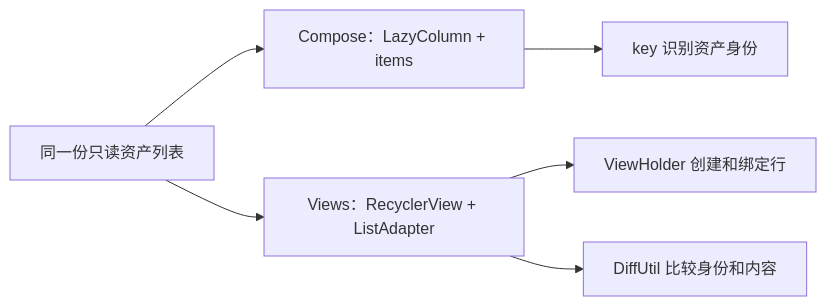
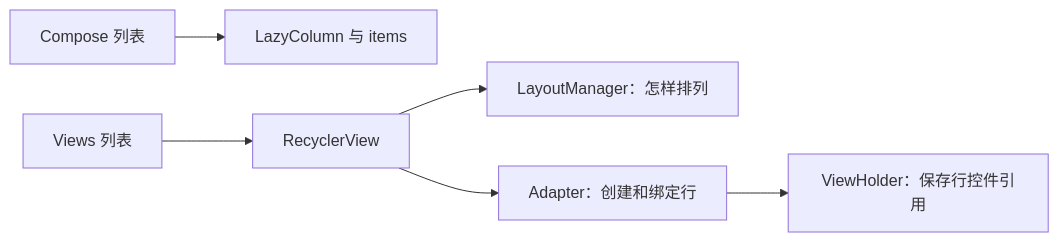
The fifth of 5 diagrams in docs/安卓开发/03-数据与交互.md (wl-007/notes), drawn with Mermaid before and after one commit. The commit also changed other lines of this file and 7 other files, not shown here.

````diff
--- a/docs/安卓开发/03-数据与交互.md
+++ b/docs/安卓开发/03-数据与交互.md
@@ -673,8 +583,8 @@
 ```mermaid
 flowchart LR
-    DATA["同一份只读资产列表"] --> COMPOSE["Compose：LazyColumn + items"]
-    COMPOSE --> KEY["key 识别资产身份"]
-    DATA --> VIEWS["Views：RecyclerView + ListAdapter"]
-    VIEWS --> HOLDER["ViewHolder 创建和绑定行"]
-    VIEWS --> DIFF["DiffUtil 比较身份和内容"]
+    A[Compose 列表] --> B[LazyColumn 与 items]
+    C[Views 列表] --> D[RecyclerView]
+    D --> E[LayoutManager：怎样排列]
+    D --> F[Adapter：创建和绑定行]
+    F --> G[ViewHolder：保存行控件引用]
 ```
````
